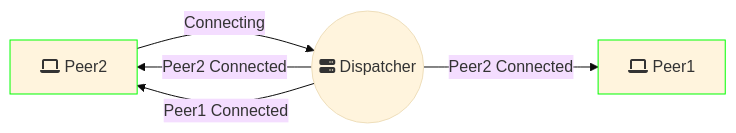
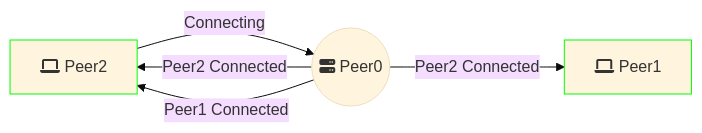
The second of 6 diagrams in tests/peer.md (gr3gdev/rudp2p), drawn with Mermaid (base theme) before and after one commit. The commit also changed other lines of this file and 3 other files, not shown here.

````diff
--- a/tests/peer.md
+++ b/tests/peer.md
@@ -14,10 +14,10 @@
 ```mermaid
 flowchart LR
   classDef peer stroke:#0f0;
   
-  P2[fa:fa-laptop Peer2]:::peer --Connecting--> B((fa:fa-server Dispatcher))
+  P2[fa:fa-laptop Peer2]:::peer --Connecting--> B((fa:fa-server Peer0))
   
   B --Peer2 Connected--> P1[fa:fa-laptop Peer1]:::peer
   B --Peer2 Connected--> P2
   B --Peer1 Connected--> P2
 ```
````
